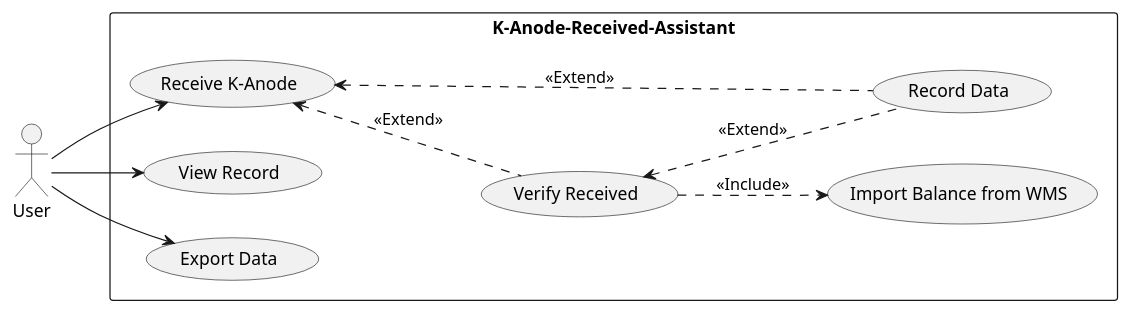
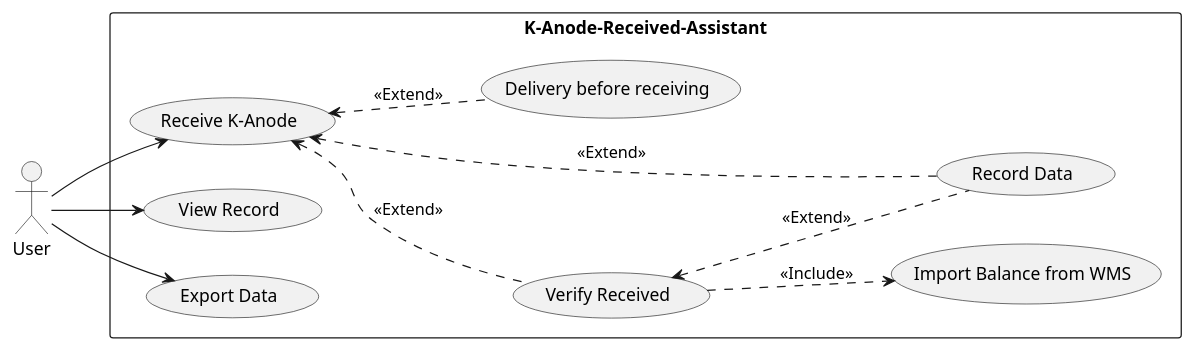
The diagram in UML/Concept.puml (Shinodari/K-Anode-Received-Assistant-Design), drawn with PlantUML before and after one commit. The commit also changed 1 other file, not shown here.

Commit message:
usecase:add delivery before receiving

```diff
--- a/UML/Concept.puml
+++ b/UML/Concept.puml
@@ -1,21 +1,24 @@
 @startuml UseCase
 left to right direction
 rectangle K-Anode-Received-Assistant {
     usecase "Receive K-Anode" as receive
     usecase "Verify Received" as verify
     usecase "Record Data" as record
+    usecase "Delivery before receiving" as delivery
     usecase "View Record" as view
     usecase "Export Data" as export
     usecase "Import Balance from WMS" as import
 }
 User --> receive
+
+receive <.. delivery : <<Extend>>
 
 receive <.. verify : <<Extend>>
 verify ..> import : <<Include>>
 
 record .up.> receive : <<Extend>>
 record .up.> verify : <<Extend>>
 
 User --> view
 User --> export
 @enduml
```
